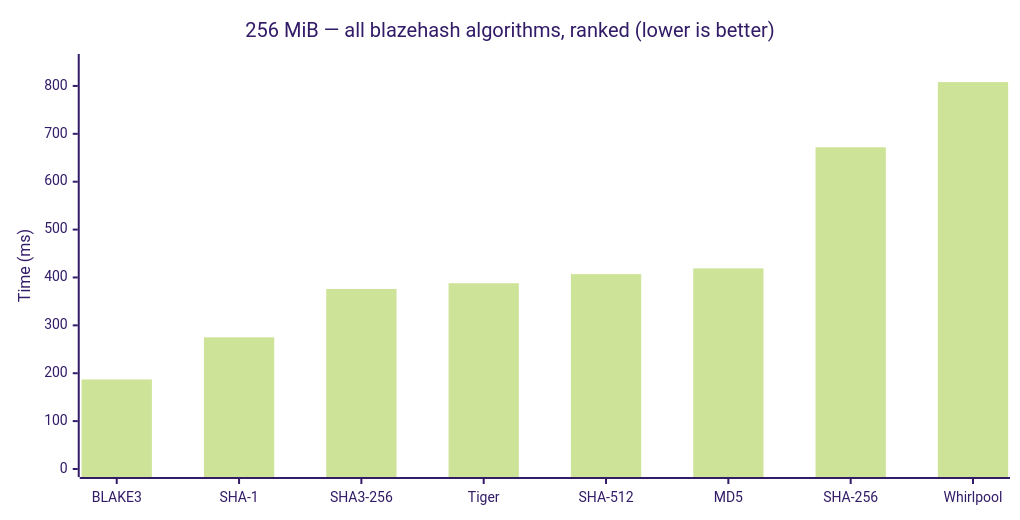
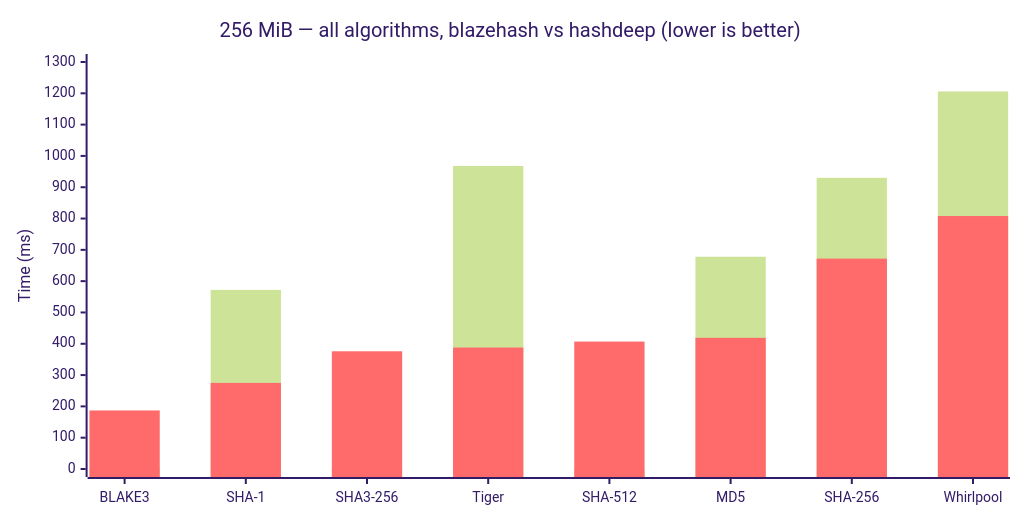
The fifth of 5 diagrams in docs/benchmarks.md (SecurityRonin/blazehash), drawn with Mermaid (forest theme) before and after one commit. The commit also changed other lines of this file, not shown here.

First line of the commit message:
docs: single combined chart with hashdeep behind, blazehash in front

````diff
--- a/docs/benchmarks.md
+++ b/docs/benchmarks.md
@@ -173,12 +157,13 @@
 ```mermaid
 ---
 config:
     xyChart:
         width: 1000
 ---
 xychart-beta
-    title "256 MiB — all blazehash algorithms, ranked (lower is better)"
+    title "256 MiB — all algorithms, blazehash vs hashdeep (lower is better)"
     x-axis ["BLAKE3", "SHA-1", "SHA3-256", "Tiger", "SHA-512", "MD5", "SHA-256", "Whirlpool"]
-    y-axis "Time (ms)" 0 --> 850
+    y-axis "Time (ms)" 0 --> 1300
+    bar "hashdeep" [0, 572, 0, 968, 0, 678, 930, 1206]
     bar "blazehash" [187, 275, 376, 388, 407, 419, 672, 808]
 ```
````
